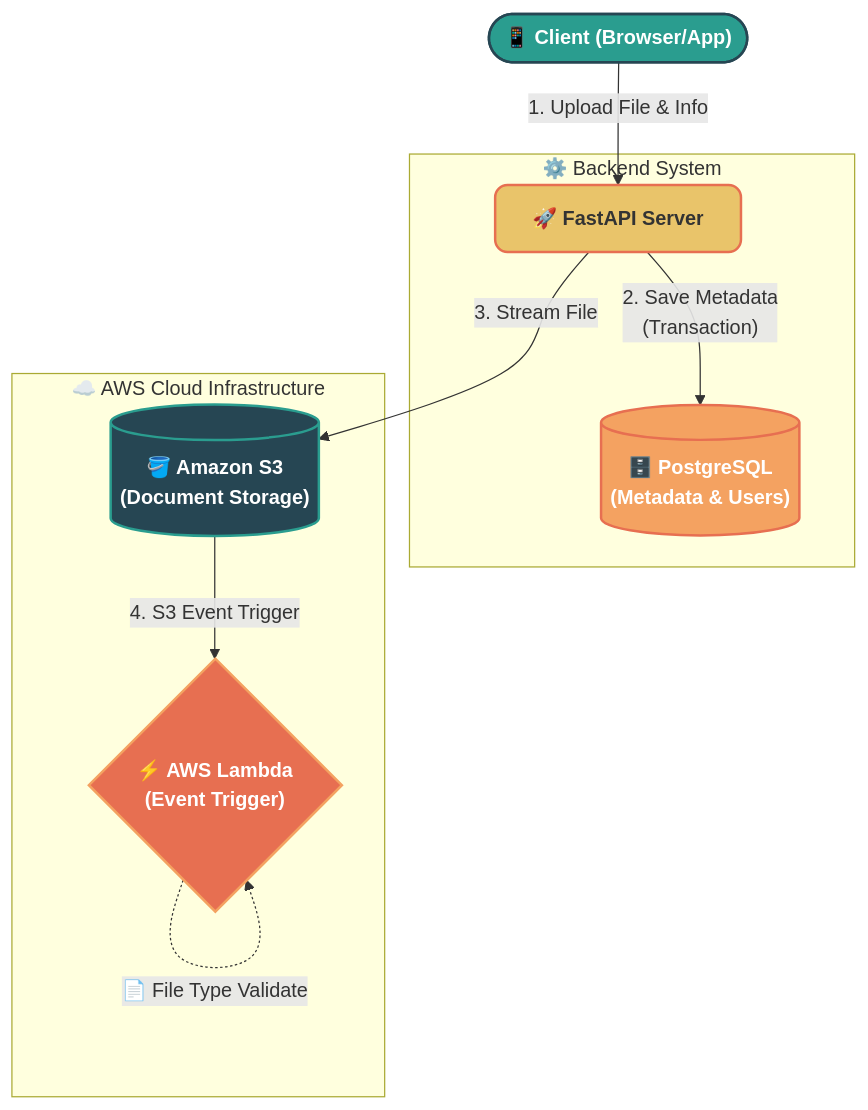
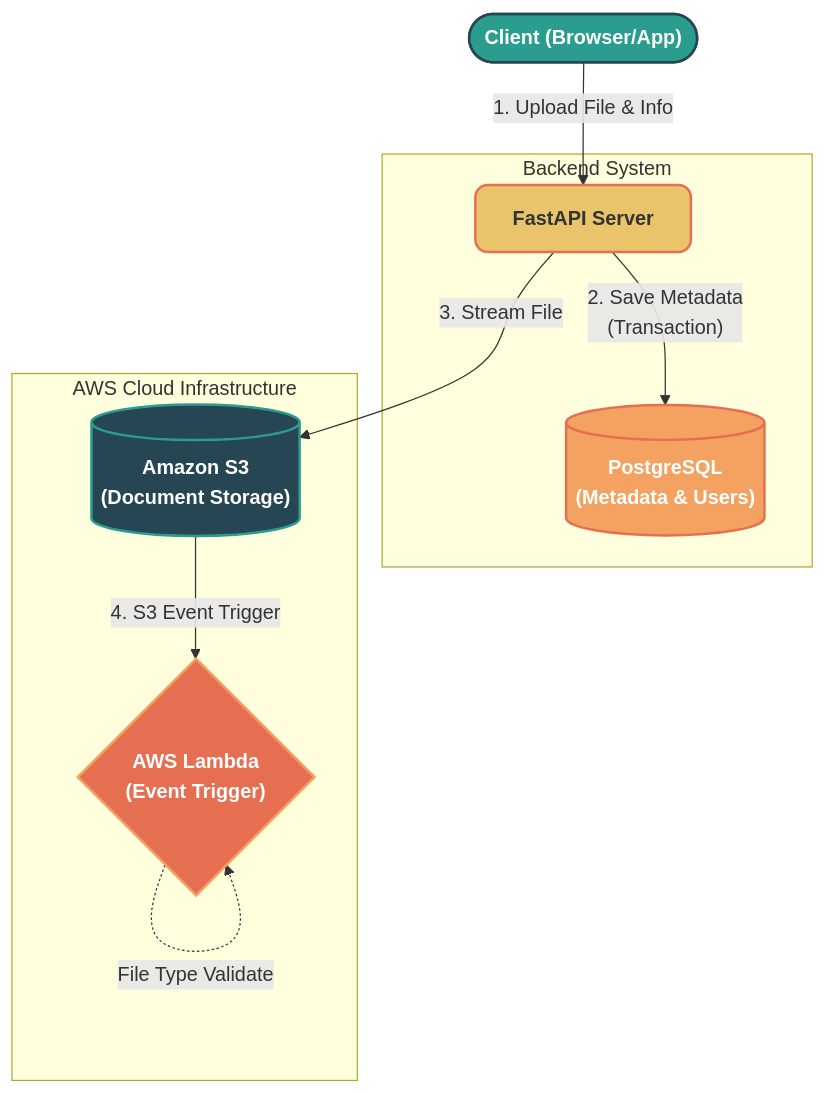
One commit to HusseinAli234/share-you changed the diagram in README.md. Above: the diagram before and after it, drawn with Mermaid. The commit also changed other lines of this file and 1 other file, not shown here.

````diff
--- a/README.md
+++ b/README.md
@@ -20,35 +28,35 @@
 ```mermaid
 flowchart TD
     %% Styling
     classDef client fill:#2a9d8f,stroke:#264653,stroke-width:2px,color:#fff,font-weight:bold,rx:10,ry:10;
     classDef backend fill:#e9c46a,stroke:#e76f51,stroke-width:2px,color:#333,font-weight:bold,rx:10,ry:10;
     classDef database fill:#f4a261,stroke:#e76f51,stroke-width:2px,color:#fff,font-weight:bold,rx:10,ry:10;
     classDef aws_s3 fill:#264653,stroke:#2a9d8f,stroke-width:2px,color:#fff,font-weight:bold,rx:10,ry:10;
     classDef aws_lambda fill:#e76f51,stroke:#f4a261,stroke-width:2px,color:#fff,font-weight:bold,rx:10,ry:10;
 
     %% Nodes
-    Client(["📱 Client (Browser/App)"]):::client
+    Client(["Client (Browser/App)"]):::client
     
-    subgraph Backend_System ["⚙️ Backend System"]
-        API["🚀 FastAPI Server"]:::backend
-        DB[("🗄️ PostgreSQL\n(Metadata & Users)")]:::database
+    subgraph Backend_System ["Backend System"]
+        API["FastAPI Server"]:::backend
+        DB[("PostgreSQL\n(Metadata & Users)")]:::database
     end
     
-    subgraph AWS_Cloud ["☁️ AWS Cloud Infrastructure"]
-        S3[("🪣 Amazon S3\n(Document Storage)")]:::aws_s3
-        Lambda{"⚡ AWS Lambda\n(Event Trigger)"}:::aws_lambda
+    subgraph AWS_Cloud ["AWS Cloud Infrastructure"]
+        S3[("Amazon S3\n(Document Storage)")]:::aws_s3
+        Lambda{"AWS Lambda\n(Event Trigger)"}:::aws_lambda
     end
 
     %% Connections
     Client -- "1. Upload File & Info" --> API
     API -- "2. Save Metadata\n(Transaction)" --> DB
     API -- "3. Stream File" --> S3
     
     %% Async Flow
     S3 -- "4. S3 Event Trigger" --> Lambda
     
     %% Lambda Processing
-    Lambda -. "🛡️ Antivirus Scan" .-> Lambda
-    Lambda -. "⚖️ File Size Check" .-> Lambda
-    Lambda -. "📄 File Type Validate" .-> Lambda
+    Lambda -. "Antivirus Scan" .-> Lambda
+    Lambda -. "File Size Check" .-> Lambda
+    Lambda -. "File Type Validate" .-> Lambda
 ```
````
